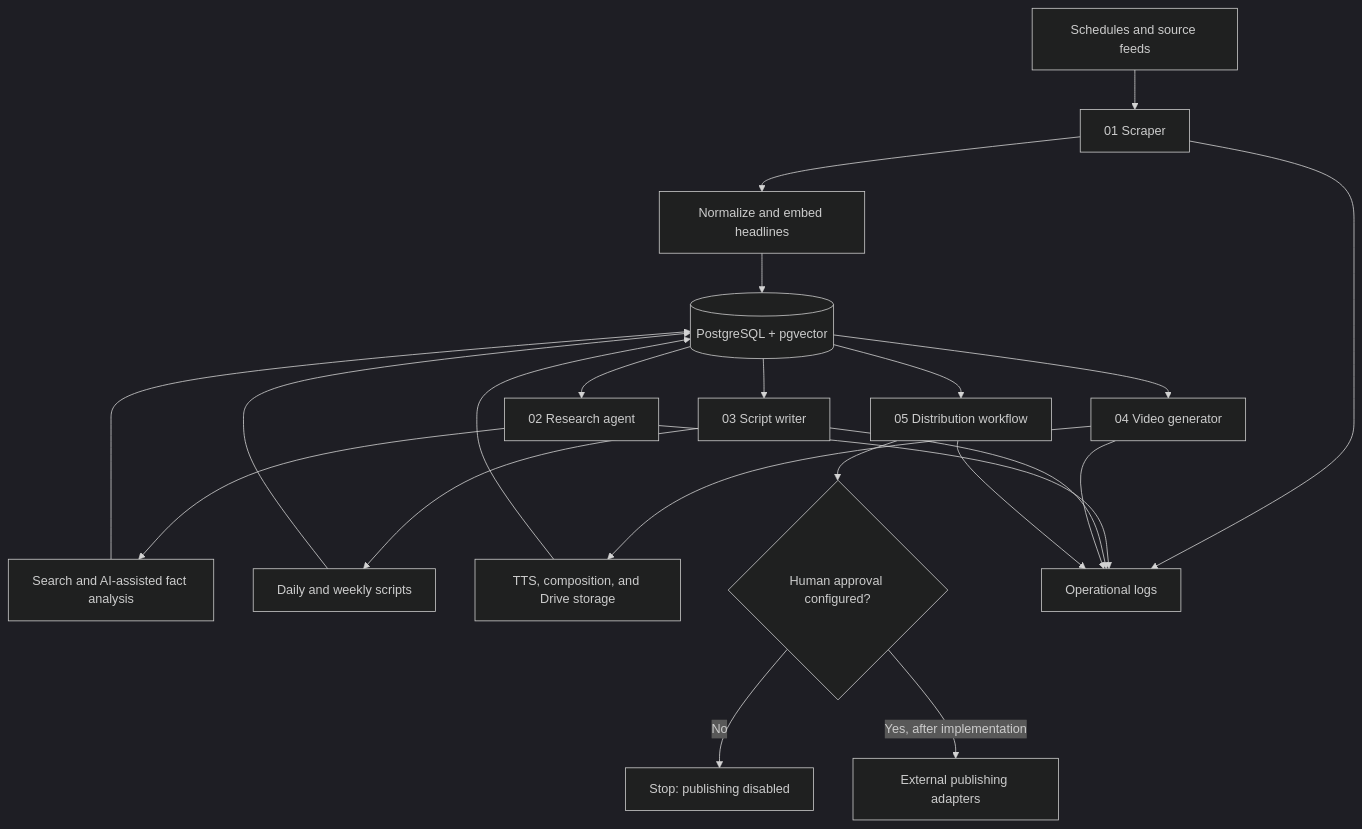
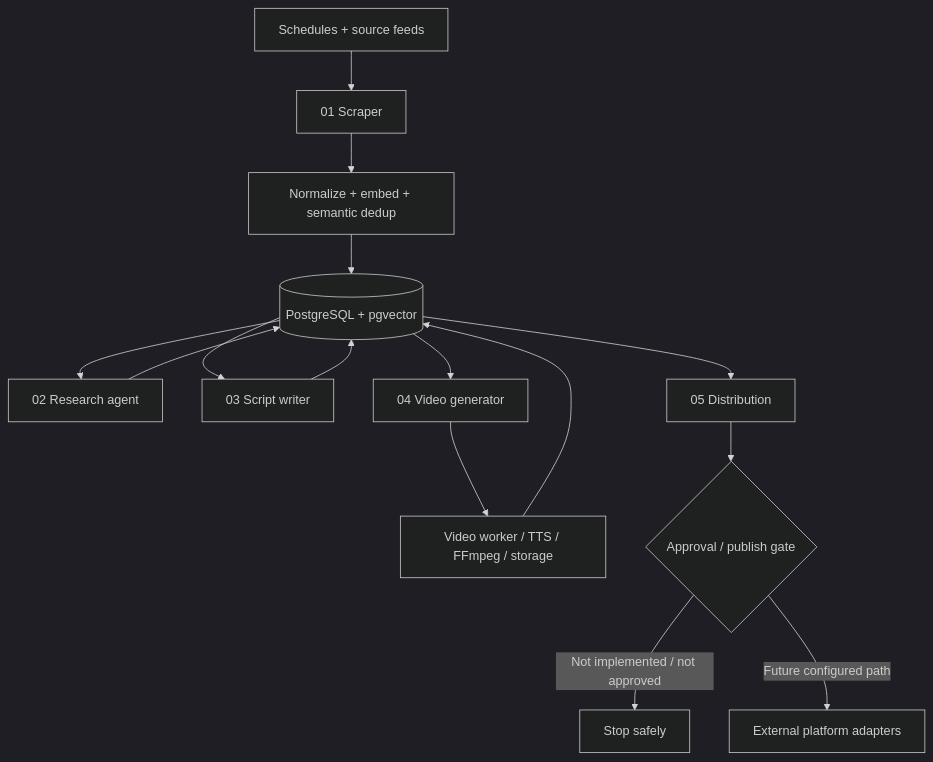
The diagram in README.md (oyekola-ololade/NewsIQ), drawn with Mermaid (dark theme) before and after one commit. The commit also changed other lines of this file, not shown here.

````diff
--- a/README.md
+++ b/README.md
@@ -27,24 +26,17 @@
 ```mermaid
 flowchart TD
-    A["Schedules and source feeds"] --> B["01 Scraper"]
-    B --> C["Normalize and embed headlines"]
-    C --> D[("PostgreSQL + pgvector")]
-    D --> E["02 Research agent"]
-    E --> F["Search and AI-assisted fact analysis"]
+    A[Schedules + source feeds] --> B[01 Scraper]
+    B --> C[Normalize + embed + semantic dedup]
+    C --> D[(PostgreSQL + pgvector)]
+    D --> E[02 Research agent]
+    E --> D
+    D --> F[03 Script writer]
     F --> D
-    D --> G["03 Script writer"]
-    G --> H["Daily and weekly scripts"]
+    D --> G[04 Video generator]
+    G --> H[Video worker / TTS / FFmpeg / storage]
     H --> D
-    D --> I["04 Video generator"]
-    I --> J["TTS, composition, and Drive storage"]
-    J --> D
-    D --> K["05 Distribution workflow"]
-    K --> L{"Human approval configured?"}
-    L -->|No| M["Stop: publishing disabled"]
-    L -->|Yes, after implementation| N["External publishing adapters"]
-    B --> O["Operational logs"]
-    E --> O
-    G --> O
-    I --> O
-    K --> O
+    D --> I[05 Distribution]
+    I --> J{Approval / publish gate}
+    J -->|Not implemented / not approved| K[Stop safely]
+    J -->|Future configured path| L[External platform adapters]
 ```
````
